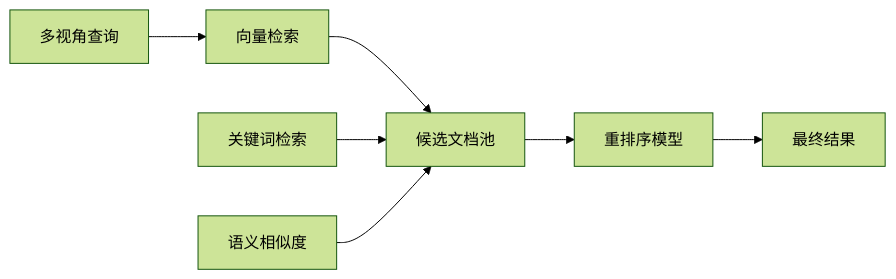
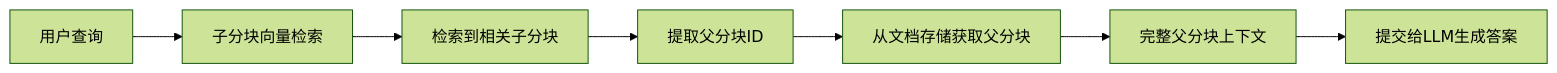
Before and after one commit to souflex56/value-seeker: the second of 3 diagrams in .kiro/specs/ai-investment-analyst/design.md, drawn with Mermaid (forest theme). The commit also changed other lines of this file and 5 other files, not shown here.

````diff
--- a/.kiro/specs/ai-investment-analyst/design.md
+++ b/.kiro/specs/ai-investment-analyst/design.md
@@ -157,10 +162,9 @@
 ```mermaid
 graph LR
-    A[多视角查询] --> B[向量检索]
-    B --> C[候选文档池]
-    C --> D[重排序模型]
-    D --> E[最终结果]
-    
-    F[关键词检索] --> C
-    G[语义相似度] --> C
+    A[用户查询] --> B[子分块向量检索]
+    B --> C[检索到相关子分块]
+    C --> D[提取父分块ID]
+    D --> E[从文档存储获取父分块]
+    E --> F[完整父分块上下文]
+    F --> G[提交给LLM生成答案]
 ```
````
